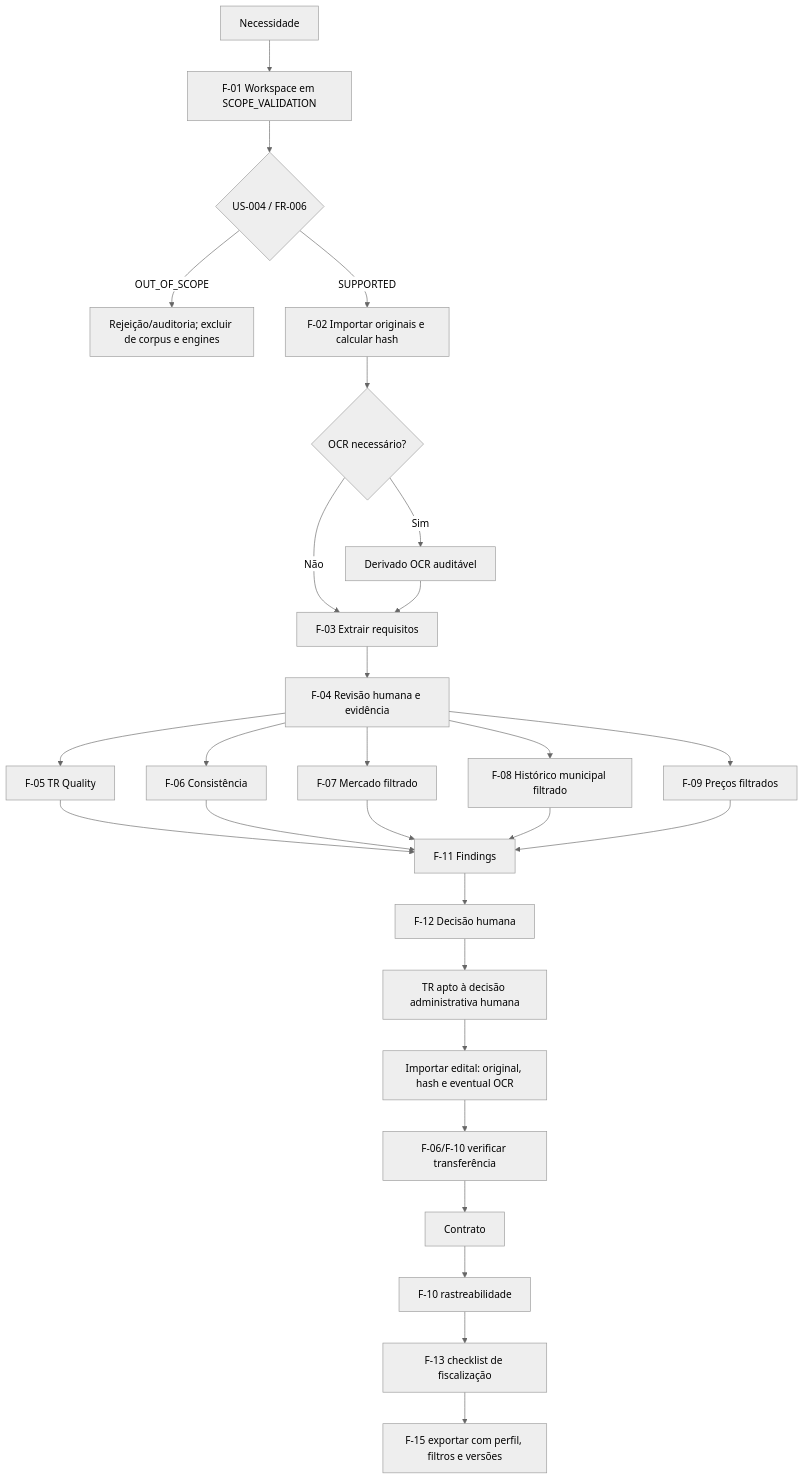
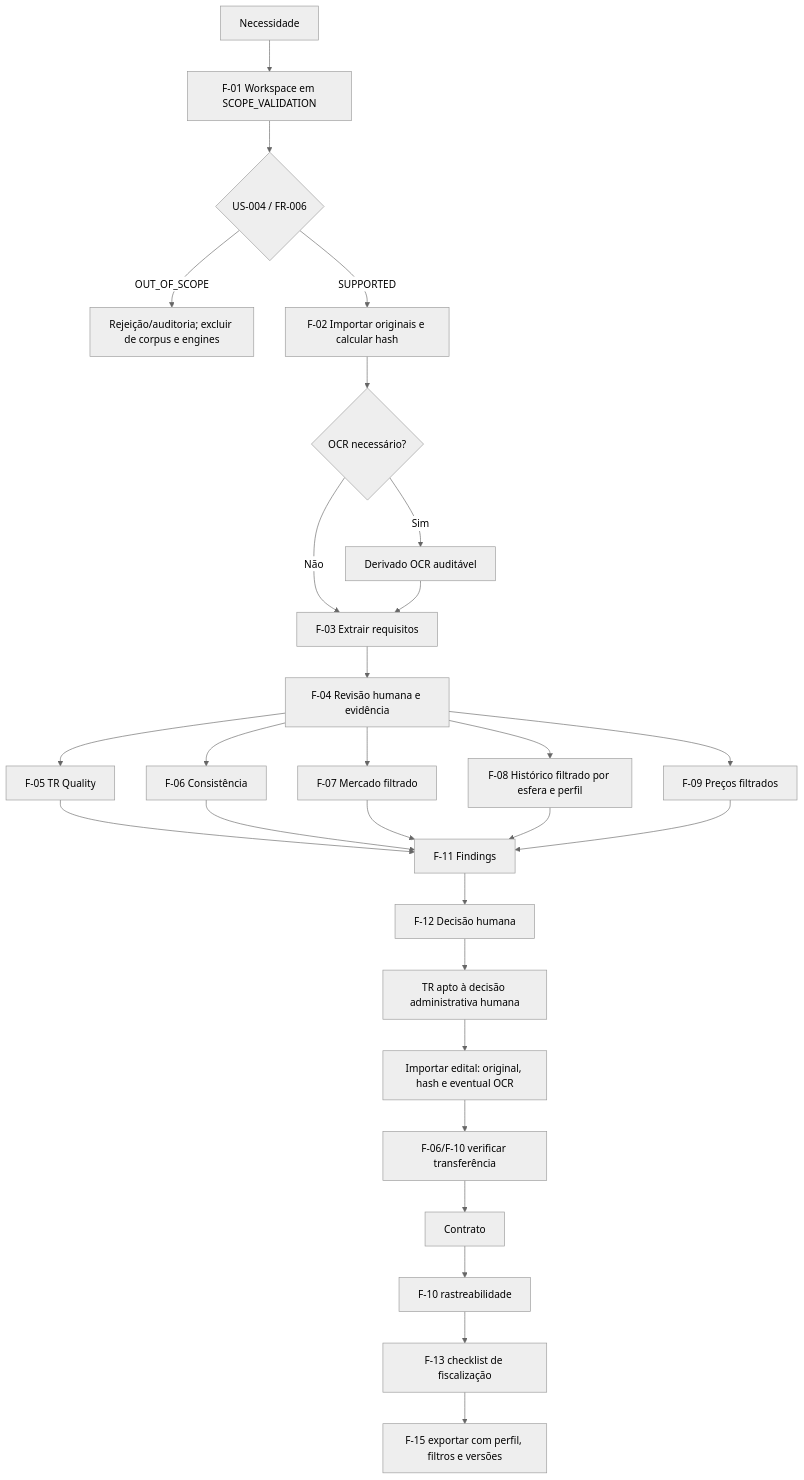
The second of 4 diagrams in docs/03_USAGE_FLOWS.md (augustoFranke/licita), drawn with Mermaid (neutral theme) before and after one commit. The commit also changed other lines of this file and 34 other files, not shown here.

````diff
--- a/docs/03_USAGE_FLOWS.md
+++ b/docs/03_USAGE_FLOWS.md
@@ -66,30 +66,30 @@
 ```mermaid
 flowchart TD
     A[Necessidade] --> B[F-01 Workspace em SCOPE_VALIDATION]
     B --> S{US-004 / FR-006}
     S -- OUT_OF_SCOPE --> X[Rejeição/auditoria; excluir de corpus e engines]
     S -- SUPPORTED --> C[F-02 Importar originais e calcular hash]
     C --> O{OCR necessário?}
     O -- Sim --> OD[Derivado OCR auditável]
     O -- Não --> D[F-03 Extrair requisitos]
     OD --> D
     D --> E[F-04 Revisão humana e evidência]
     E --> F[F-05 TR Quality]
     E --> G[F-06 Consistência]
     E --> H[F-07 Mercado filtrado]
-    E --> I[F-08 Histórico municipal filtrado]
+    E --> I[F-08 Histórico filtrado por esfera e perfil]
     E --> J[F-09 Preços filtrados]
     F --> K[F-11 Findings]
     G --> K
     H --> K
     I --> K
     J --> K
     K --> L[F-12 Decisão humana]
     L --> M[TR apto à decisão administrativa humana]
     M --> N[Importar edital: original, hash e eventual OCR]
     N --> P[F-06/F-10 verificar transferência]
     P --> Q[Contrato]
     Q --> R[F-10 rastreabilidade]
     R --> T[F-13 checklist de fiscalização]
     T --> U[F-15 exportar com perfil, filtros e versões]
 ```
````
